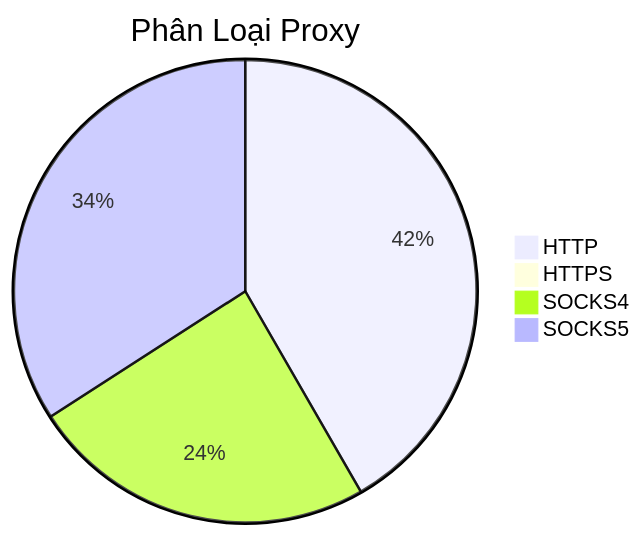
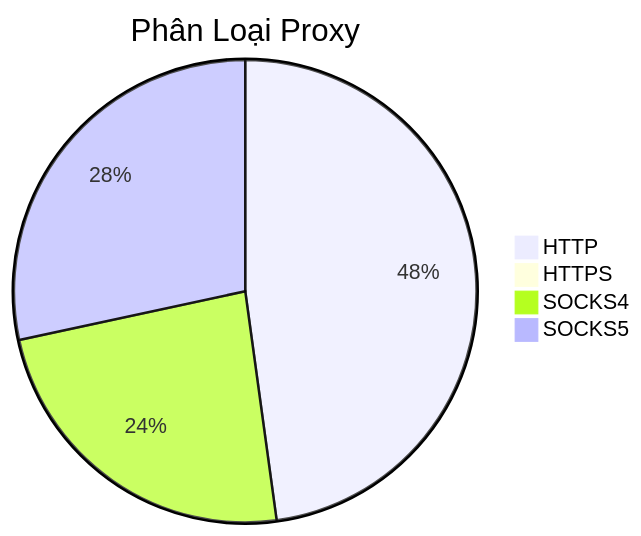
Before and after one commit to Ciara-12/PROXY-free: the diagram in README.md, drawn with Mermaid. The commit also changed other lines of this file and 4 other files, not shown here.

````diff
--- a/README.md
+++ b/README.md
@@ -26,7 +26,7 @@
 ```mermaid
 pie title Phân Loại Proxy
-    "HTTP" : 413
-    "HTTPS" : 1
-    "SOCKS4" : 240
-    "SOCKS5" : 338
+    "HTTP" : 573
+    "HTTPS" : 0
+    "SOCKS4" : 285
+    "SOCKS5" : 340
 ```
````
